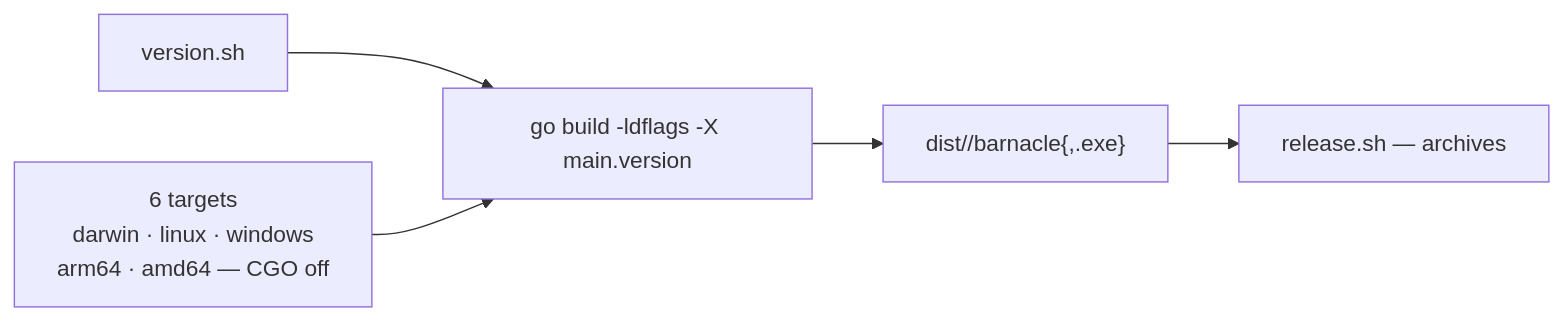
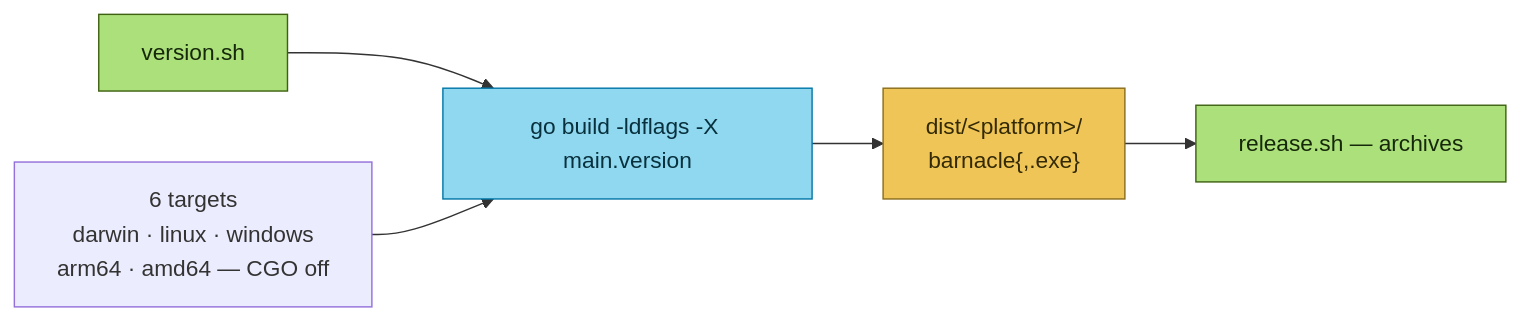
The diagram in scripts/build.sh.md (fordaj/barnacle), drawn with Mermaid before and after one commit. The commit also changed 23 other files, not shown here.

````diff
--- a/scripts/build.sh.md
+++ b/scripts/build.sh.md
@@ -3,9 +3,15 @@
 ```mermaid
 flowchart LR
-    Version[version.sh] --> Stamp["go build -ldflags -X main.version"]
+    Version["version.sh"] --> Stamp["go build -ldflags -X main.version"]
     Platforms[6 targets<br/>darwin · linux · windows<br/>arm64 · amd64 — CGO off] --> Stamp
-    Stamp --> Dist["dist/<platform>/barnacle{,.exe}"]
-    Dist --> Release[release.sh — archives]
+    Stamp --> Dist["dist/&lt;platform&gt;/<br/>barnacle{,.exe}"]
+    Dist --> Release["release.sh — archives"]
     click Release href "release.sh.md"
     click Version href "version.sh.md"
+    class Version,Release shFile
+    class Stamp goFile
+    class Dist folder
+    classDef shFile fill:#abe07a,stroke:#3f6212,color:#16280a
+    classDef goFile fill:#8fd8ef,stroke:#0277a8,color:#08303d
+    classDef folder fill:#f0c558,stroke:#8a6d1c,color:#332a05
 ```
````
